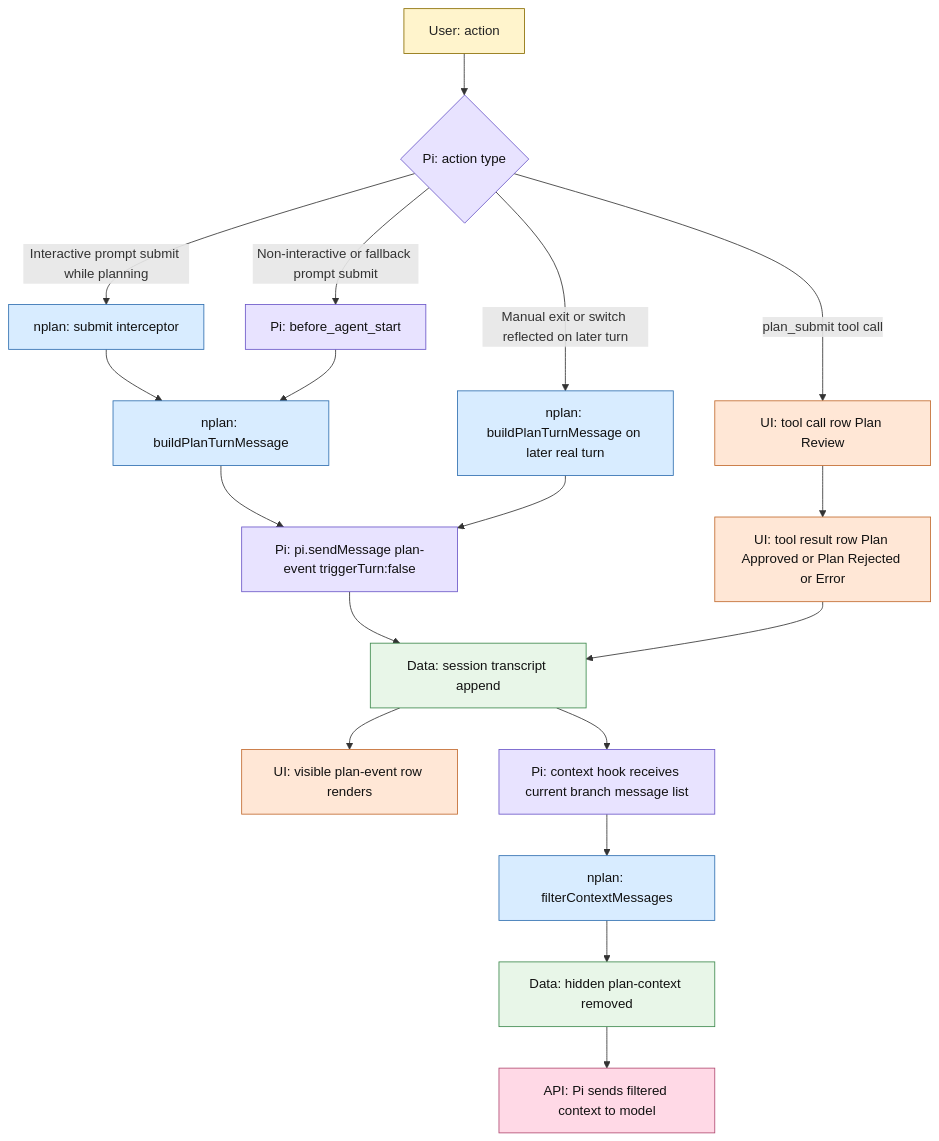
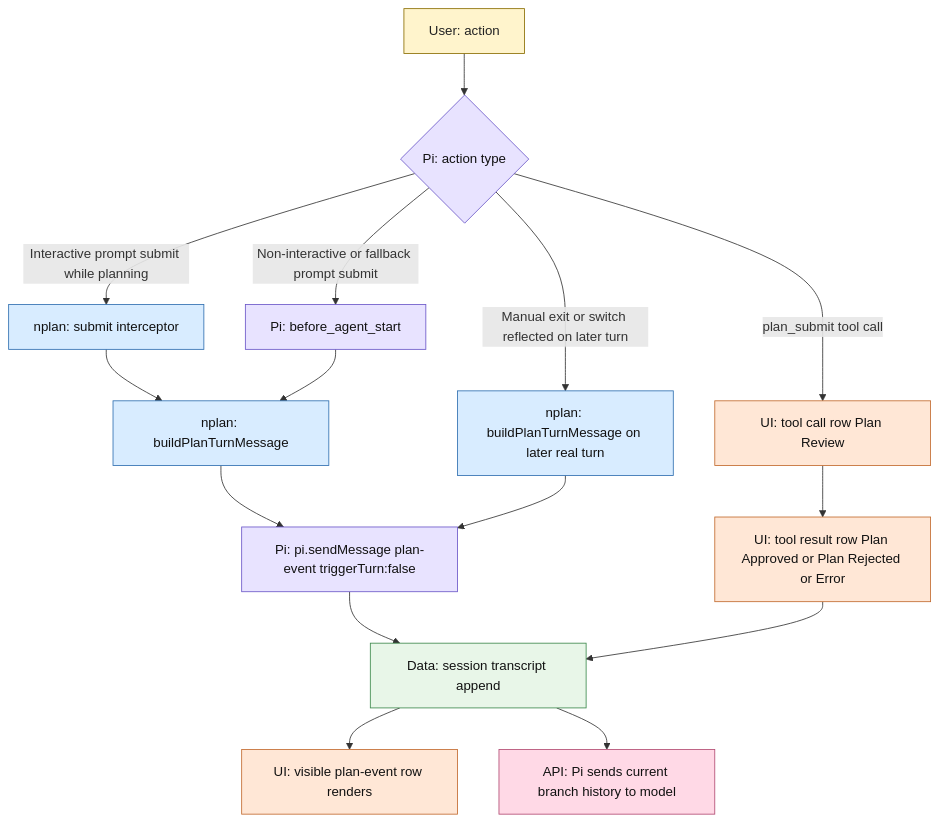
The diagram in docs/planning-message-lifecycle.md (pyronaur/nplan), drawn with Mermaid before and after one commit. The commit also changed other lines of this file and 10 other files, not shown here.

First line of the commit message:
Simplify plan context flow and review error contract

````diff
--- a/docs/planning-message-lifecycle.md
+++ b/docs/planning-message-lifecycle.md
@@ -41,38 +30,35 @@
 ```mermaid
 flowchart TD
     A[User: action] --> B{Pi: action type}
 
     B -->|Interactive prompt submit while planning| C[nplan: submit interceptor]
     C --> D[nplan: buildPlanTurnMessage]
     D --> E[Pi: pi.sendMessage plan-event triggerTurn:false]
     E --> F[Data: session transcript append]
     F --> G[UI: visible plan-event row renders]
 
     B -->|Non-interactive or fallback prompt submit| H[Pi: before_agent_start]
     H --> D
 
     B -->|plan_submit tool call| I[UI: tool call row Plan Review]
     I --> J[UI: tool result row Plan Approved or Plan Rejected or Error]
     J --> F
 
     B -->|Manual exit or switch reflected on later turn| K[nplan: buildPlanTurnMessage on later real turn]
     K --> E
 
-    F --> L[Pi: context hook receives current branch message list]
-    L --> M[nplan: filterContextMessages]
-    M --> N[Data: hidden plan-context removed]
-    N --> O[API: Pi sends filtered context to model]
+    F --> L[API: Pi sends current branch history to model]
 
     classDef user fill:#fff4cc,stroke:#8a6d00,color:#222;
     classDef nplan fill:#d8ecff,stroke:#2f6fb0,color:#111;
     classDef pi fill:#e8e3ff,stroke:#6b57c8,color:#111;
     classDef data fill:#e8f6e8,stroke:#3d8a4d,color:#111;
     classDef ui fill:#ffe7d6,stroke:#c26a2e,color:#111;
     classDef api fill:#ffd9e6,stroke:#b24b72,color:#111;
     class A user;
-    class C,D,K,M nplan;
-    class B,E,H,L pi;
-    class F,N data;
+    class C,D,K nplan;
+    class B,E,H pi;
+    class F data;
     class G,I,J ui;
-    class O api;
+    class L api;
 ```
````
